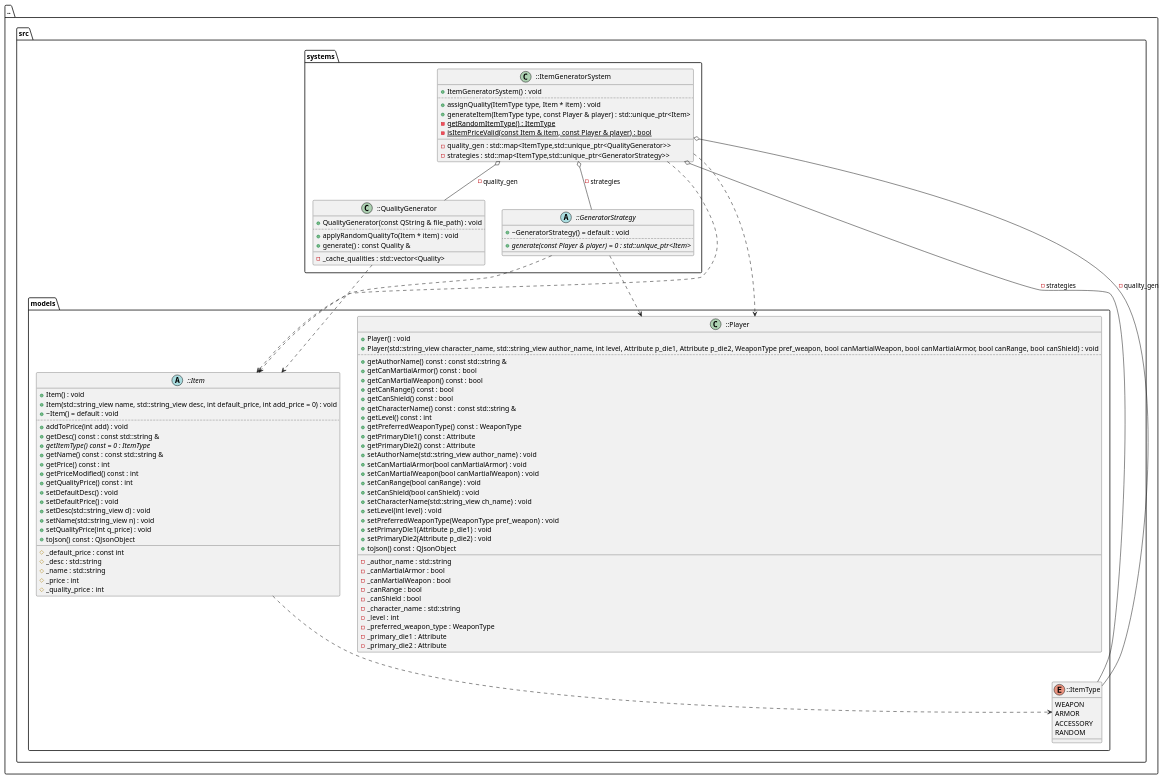
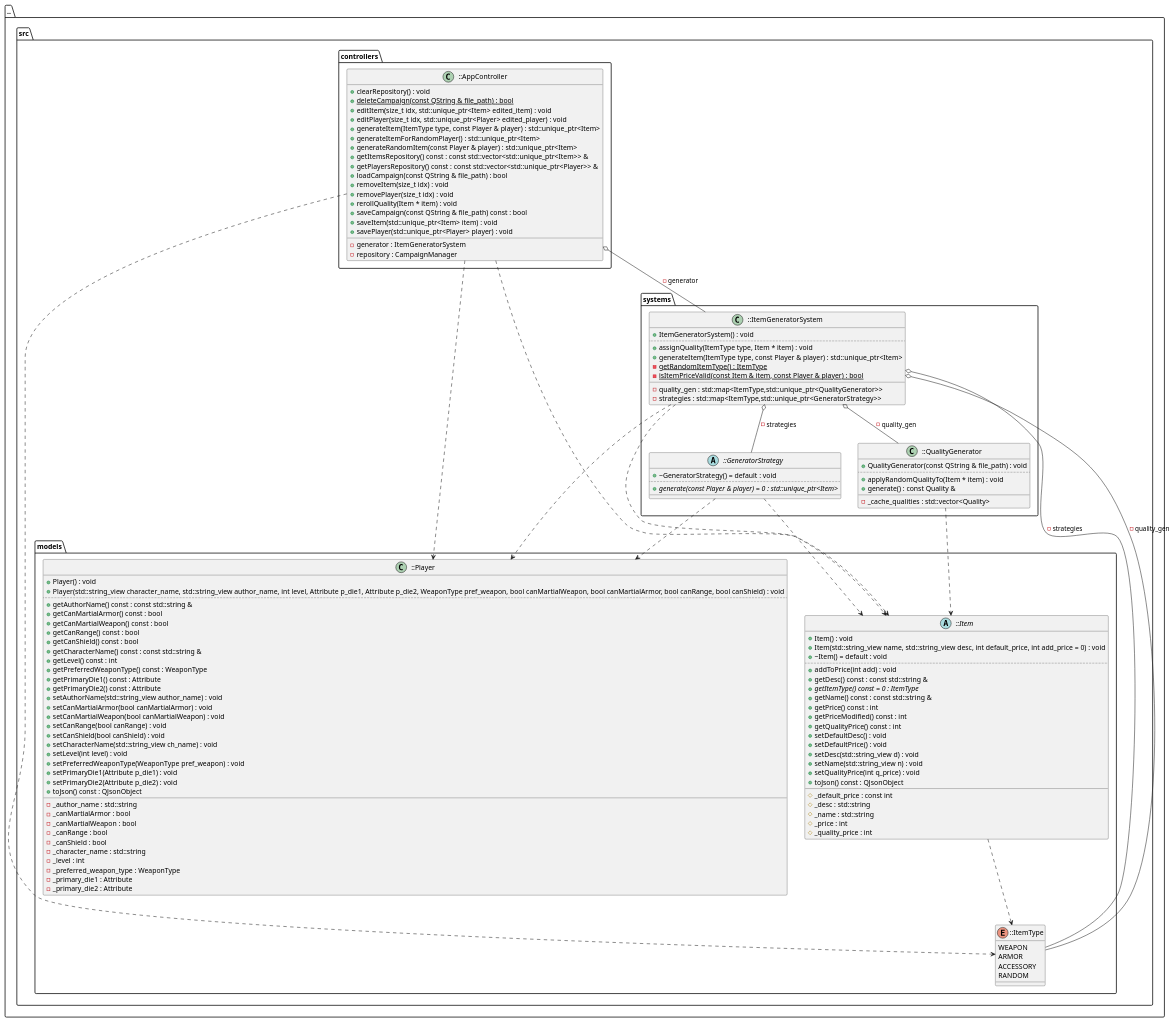
Before and after one commit to FasolowySpioch/faubla-ultima-item-generator: the diagram in docs/diagrams/ItemGeneratorSystem_diagram.puml, drawn with PlantUML. The commit also changed 34 other files, not shown here.

Commit message:
Generated UML

```diff
--- a/docs/diagrams/ItemGeneratorSystem_diagram.puml
+++ b/docs/diagrams/ItemGeneratorSystem_diagram.puml
@@ -1,122 +1,150 @@
 @startuml
 package [..] as C_0016431317663134048372 {
 package [src] as C_0010634688166860467214 {
 package [models] as C_0001626712604113445200 {
 enum "::ItemType" as C_0009506588567340924694
 enum C_0009506588567340924694 {
 WEAPON
 ARMOR
 ACCESSORY
 RANDOM
 }
 abstract "::Item" as C_0005967165952864249862
 abstract C_0005967165952864249862 {
 +Item() : void
 +Item(std::string_view name, std::string_view desc, int default_price, int add_price = 0) : void
 +~Item() = default : void
 ..
 +addToPrice(int add) : void
 +getDesc() const : const std::string &
 {abstract} +getItemType() const = 0 : ItemType
 +getName() const : const std::string &
 +getPrice() const : int
 +getPriceModified() const : int
 +getQualityPrice() const : int
 +setDefaultDesc() : void
 +setDefaultPrice() : void
 +setDesc(std::string_view d) : void
 +setName(std::string_view n) : void
 +setQualityPrice(int q_price) : void
 +toJson() const : QJsonObject
 __
 #_default_price : const int
 #_desc : std::string
 #_name : std::string
 #_price : int
 #_quality_price : int
 }
 class "::Player" as C_0003692324345213718176
 class C_0003692324345213718176 {
 +Player() : void
 +Player(std::string_view character_name, std::string_view author_name, int level, Attribute p_die1, Attribute p_die2, WeaponType pref_weapon, bool canMartialWeapon, bool canMartialArmor, bool canRange, bool canShield) : void
 ..
 +getAuthorName() const : const std::string &
 +getCanMartialArmor() const : bool
 +getCanMartialWeapon() const : bool
 +getCanRange() const : bool
 +getCanShield() const : bool
 +getCharacterName() const : const std::string &
 +getLevel() const : int
 +getPreferredWeaponType() const : WeaponType
 +getPrimaryDie1() const : Attribute
 +getPrimaryDie2() const : Attribute
 +setAuthorName(std::string_view author_name) : void
 +setCanMartialArmor(bool canMartialArmor) : void
 +setCanMartialWeapon(bool canMartialWeapon) : void
 +setCanRange(bool canRange) : void
 +setCanShield(bool canShield) : void
 +setCharacterName(std::string_view ch_name) : void
 +setLevel(int level) : void
 +setPreferredWeaponType(WeaponType pref_weapon) : void
 +setPrimaryDie1(Attribute p_die1) : void
 +setPrimaryDie2(Attribute p_die2) : void
 +toJson() const : QJsonObject
 __
 -_author_name : std::string
 -_canMartialArmor : bool
 -_canMartialWeapon : bool
 -_canRange : bool
 -_canShield : bool
 -_character_name : std::string
 -_level : int
 -_preferred_weapon_type : WeaponType
 -_primary_die1 : Attribute
 -_primary_die2 : Attribute
 }
 }
 package [systems] as C_0016692703261607978348 {
 abstract "::GeneratorStrategy" as C_0003391557478520177739
 abstract C_0003391557478520177739 {
 +~GeneratorStrategy() = default : void
 ..
 {abstract} +generate(const Player & player) = 0 : std::unique_ptr<Item>
 __
 }
 class "::QualityGenerator" as C_0017722926631985697211
 class C_0017722926631985697211 {
 +QualityGenerator(const QString & file_path) : void
 ..
 +applyRandomQualityTo(Item * item) : void
 +generate() : const Quality &
 __
 -_cache_qualities : std::vector<Quality>
 }
 class "::ItemGeneratorSystem" as C_0003751086353887321154
 class C_0003751086353887321154 {
 +ItemGeneratorSystem() : void
 ..
 +assignQuality(ItemType type, Item * item) : void
 +generateItem(ItemType type, const Player & player) : std::unique_ptr<Item>
 {static} -getRandomItemType() : ItemType
 {static} -isItemPriceValid(const Item & item, const Player & player) : bool
 __
 -quality_gen : std::map<ItemType,std::unique_ptr<QualityGenerator>>
 -strategies : std::map<ItemType,std::unique_ptr<GeneratorStrategy>>
 }
 }
+package [controllers] as C_0012248337201340293231 {
+class "::AppController" as C_0007310296898495958844
+class C_0007310296898495958844 {
++clearRepository() : void
+{static} +deleteCampaign(const QString & file_path) : bool
++editItem(size_t idx, std::unique_ptr<Item> edited_item) : void
++editPlayer(size_t idx, std::unique_ptr<Player> edited_player) : void
++generateItem(ItemType type, const Player & player) : std::unique_ptr<Item>
++generateItemForRandomPlayer() : std::unique_ptr<Item>
++generateRandomItem(const Player & player) : std::unique_ptr<Item>
++getItemsRepository() const : const std::vector<std::unique_ptr<Item>> &
++getPlayersRepository() const : const std::vector<std::unique_ptr<Player>> &
++loadCampaign(const QString & file_path) : bool
++removeItem(size_t idx) : void
++removePlayer(size_t idx) : void
++rerollQuality(Item * item) : void
++saveCampaign(const QString & file_path) const : bool
++saveItem(std::unique_ptr<Item> item) : void
++savePlayer(std::unique_ptr<Player> player) : void
+__
+-generator : ItemGeneratorSystem
+-repository : CampaignManager
+}
+}
 }
 }
 C_0005967165952864249862 ..> C_0009506588567340924694
 C_0003391557478520177739 ..> C_0003692324345213718176
 C_0003391557478520177739 ..> C_0005967165952864249862
 C_0017722926631985697211 ..> C_0005967165952864249862
 C_0003751086353887321154 ..> C_0005967165952864249862
 C_0003751086353887321154 ..> C_0003692324345213718176
 C_0003751086353887321154 o-- C_0009506588567340924694 : -strategies
 C_0003751086353887321154 o-- C_0003391557478520177739 : -strategies
 C_0003751086353887321154 o-- C_0009506588567340924694 : -quality_gen
 C_0003751086353887321154 o-- C_0017722926631985697211 : -quality_gen
+C_0007310296898495958844 ..> C_0003692324345213718176
+C_0007310296898495958844 ..> C_0005967165952864249862
+C_0007310296898495958844 ..> C_0009506588567340924694
+C_0007310296898495958844 o-- C_0003751086353887321154 : -generator
 
 'Generated with clang-uml, version 0.6.2
 'LLVM version clang version 20.1.7 (https://github.com/llvm/llvm-project.git 6146a88f60492b520a36f8f8f3231e15f3cc6082)
 @enduml
```
